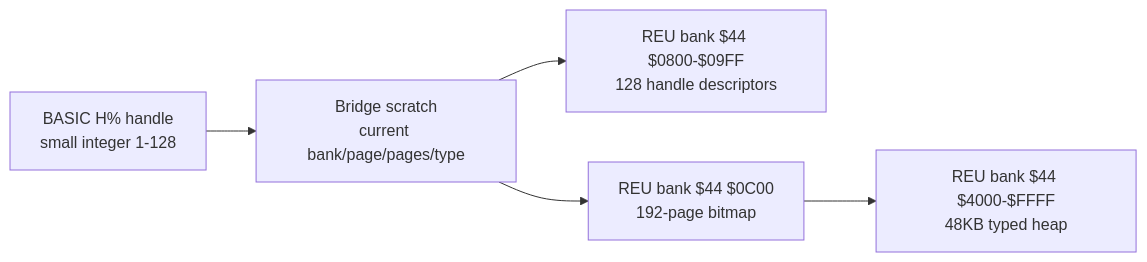
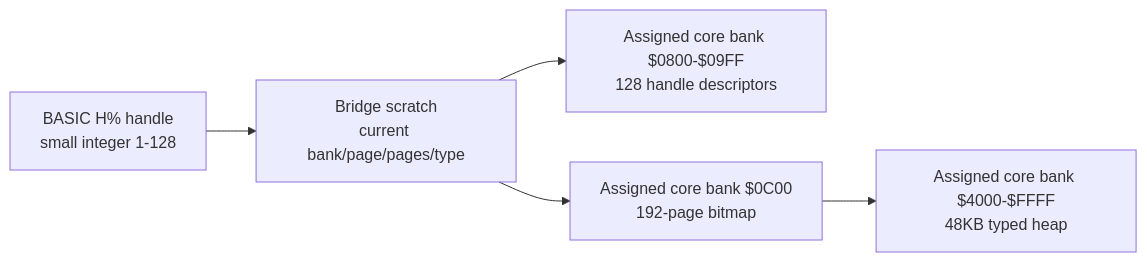
Before and after one commit to 123Onetwothree123/6502: the eighth of 8 diagrams in src/apps/readybasic/READYBASIC_LIFECYCLE_AND_REU_ARCHITECTURE.md, drawn with Mermaid. The commit also changed other lines of this file and 19 other files, not shown here.

````diff
--- a/src/apps/readybasic/READYBASIC_LIFECYCLE_AND_REU_ARCHITECTURE.md
+++ b/src/apps/readybasic/READYBASIC_LIFECYCLE_AND_REU_ARCHITECTURE.md
@@ -628,11 +630,11 @@
 ```mermaid
 flowchart LR
   BASIC["BASIC H% handle<br/>small integer 1-128"]
   SCRATCH["Bridge scratch<br/>current bank/page/pages/type"]
-  DIR["REU bank $44 $0800-$09FF<br/>128 handle descriptors"]
-  BITMAP["REU bank $44 $0C00<br/>192-page bitmap"]
-  DATA["REU bank $44 $4000-$FFFF<br/>48KB typed heap"]
+  DIR["Assigned core bank $0800-$09FF<br/>128 handle descriptors"]
+  BITMAP["Assigned core bank $0C00<br/>192-page bitmap"]
+  DATA["Assigned core bank $4000-$FFFF<br/>48KB typed heap"]
 
   BASIC --> SCRATCH --> DIR
   SCRATCH --> BITMAP --> DATA
 ```
````
